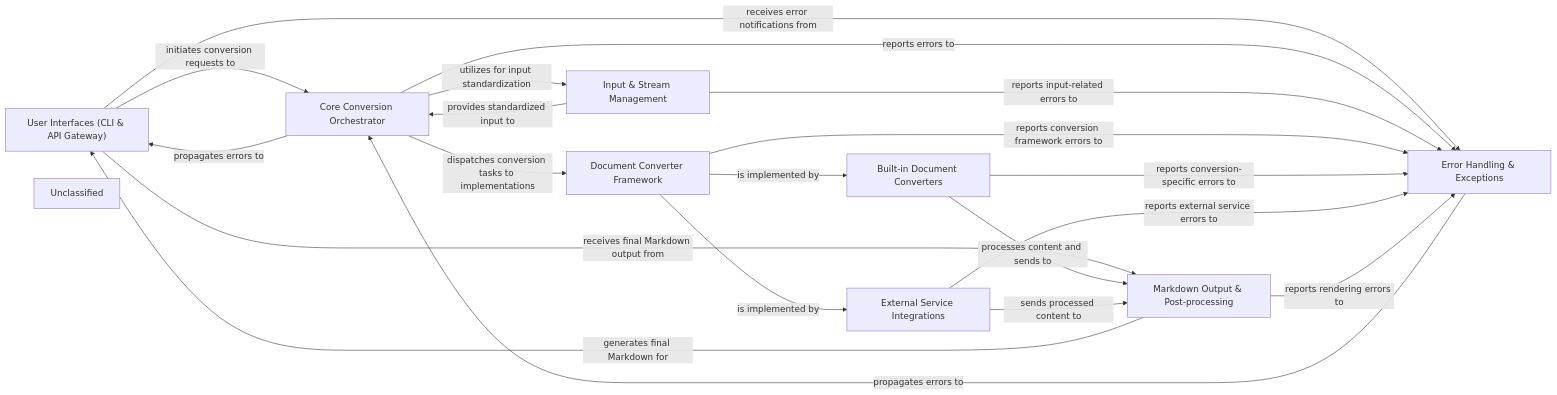
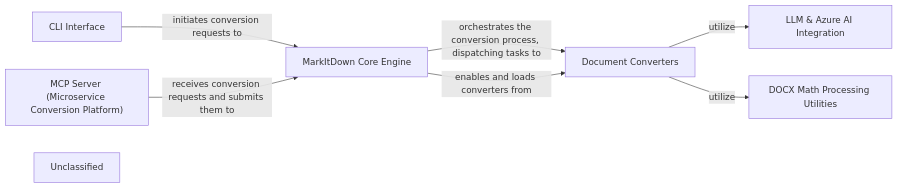
One commit to CodeBoarding/GeneratedOnBoardings changed the diagram in markitdown/on_boarding.md. Above: the diagram before and after it, drawn with Mermaid. The commit also changed other lines of this file, not shown here.

````diff
--- a/markitdown/on_boarding.md
+++ b/markitdown/on_boarding.md
@@ -1,31 +1,16 @@
 ```mermaid
 graph LR
-    User_Interfaces_CLI_API_Gateway_["User Interfaces (CLI & API Gateway)"]
-    Core_Conversion_Orchestrator["Core Conversion Orchestrator"]
-    Input_Stream_Management["Input & Stream Management"]
-    Document_Converter_Framework["Document Converter Framework"]
-    Built_in_Document_Converters["Built-in Document Converters"]
-    External_Service_Integrations["External Service Integrations"]
-    Markdown_Output_Post_processing["Markdown Output & Post-processing"]
-    Error_Handling_Exceptions["Error Handling & Exceptions"]
+    CLI_Interface["CLI Interface"]
+    MarkItDown_Core_Engine["MarkItDown Core Engine"]
+    Document_Converters["Document Converters"]
+    LLM_Azure_AI_Integration["LLM & Azure AI Integration"]
+    DOCX_Math_Processing_Utilities["DOCX Math Processing Utilities"]
+    MCP_Server_Microservice_Conversion_Platform_["MCP Server (Microservice Conversion Platform)"]
     Unclassified["Unclassified"]
-    User_Interfaces_CLI_API_Gateway_ -- "initiates conversion requests to" --> Core_Conversion_Orchestrator
-    User_Interfaces_CLI_API_Gateway_ -- "receives final Markdown output from" --> Markdown_Output_Post_processing
-    User_Interfaces_CLI_API_Gateway_ -- "receives error notifications from" --> Error_Handling_Exceptions
-    Core_Conversion_Orchestrator -- "utilizes for input standardization" --> Input_Stream_Management
-    Core_Conversion_Orchestrator -- "dispatches conversion tasks to implementations" --> Document_Converter_Framework
-    Core_Conversion_Orchestrator -- "reports errors to" --> Error_Handling_Exceptions
-    Input_Stream_Management -- "provides standardized input to" --> Core_Conversion_Orchestrator
-    Input_Stream_Management -- "reports input-related errors to" --> Error_Handling_Exceptions
-    Document_Converter_Framework -- "is implemented by" --> Built_in_Document_Converters
-    Document_Converter_Framework -- "is implemented by" --> External_Service_Integrations
-    Document_Converter_Framework -- "reports conversion framework errors to" --> Error_Handling_Exceptions
-    Built_in_Document_Converters -- "processes content and sends to" --> Markdown_Output_Post_processing
-    Built_in_Document_Converters -- "reports conversion-specific errors to" --> Error_Handling_Exceptions
-    External_Service_Integrations -- "sends processed content to" --> Markdown_Output_Post_processing
-    External_Service_Integrations -- "reports external service errors to" --> Error_Handling_Exceptions
-    Markdown_Output_Post_processing -- "generates final Markdown for" --> User_Interfaces_CLI_API_Gateway_
-    Markdown_Output_Post_processing -- "reports rendering errors to" --> Error_Handling_Exceptions
-    Error_Handling_Exceptions -- "propagates errors to" --> Core_Conversion_Orchestrator
-    Core_Conversion_Orchestrator -- "propagates errors to" --> User_Interfaces_CLI_API_Gateway_
+    CLI_Interface -- "initiates conversion requests to" --> MarkItDown_Core_Engine
+    MarkItDown_Core_Engine -- "orchestrates the conversion process, dispatching tasks to" --> Document_Converters
+    MarkItDown_Core_Engine -- "enables and loads converters from" --> Document_Converters
+    Document_Converters -- "utilize" --> LLM_Azure_AI_Integration
+    Document_Converters -- "utilize" --> DOCX_Math_Processing_Utilities
+    MCP_Server_Microservice_Conversion_Platform_ -- "receives conversion requests and submits them to" --> MarkItDown_Core_Engine
 ```
````
